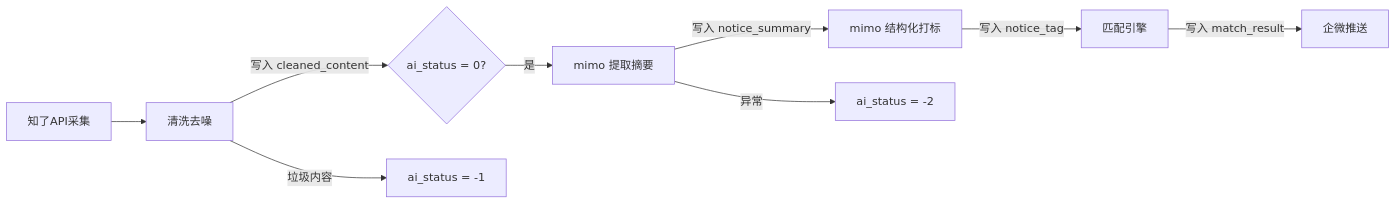
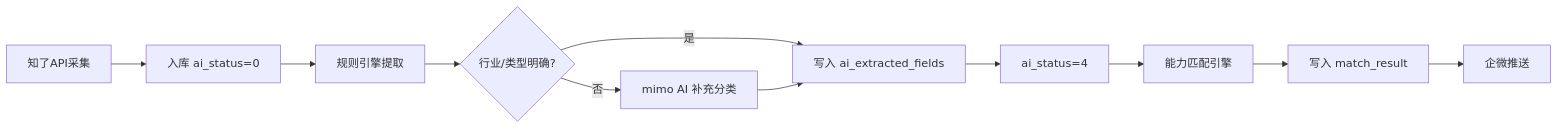
The second of 2 diagrams in docs/design.md (rogercwchenhk/spot), drawn with Mermaid before and after one commit. The commit also changed other lines of this file and 1 other file, not shown here.

````diff
--- a/docs/design.md
+++ b/docs/design.md
@@ -212,11 +236,13 @@
 ```mermaid
 flowchart LR
-    A[知了API采集] --> B[清洗去噪]
-    B -->|写入 cleaned_content| C{ai_status = 0?}
-    C -->|是| D[mimo 提取摘要]
-    D -->|写入 notice_summary| E[mimo 结构化打标]
-    E -->|写入 notice_tag| F[匹配引擎]
-    F -->|写入 match_result| G[企微推送]
-    D -->|异常| H[ai_status = -2]
-    B -->|垃圾内容| I[ai_status = -1]
+    A[知了API采集] --> B[入库 ai_status=0]
+    B --> C[规则引擎提取]
+    C --> D{行业/类型明确?}
+    D -->|否| E[mimo AI 补充分类]
+    D -->|是| F[写入 ai_extracted_fields]
+    E --> F
+    F --> G[ai_status=4]
+    G --> H[能力匹配引擎]
+    H --> I[写入 match_result]
+    I --> J[企微推送]
 ```
````
